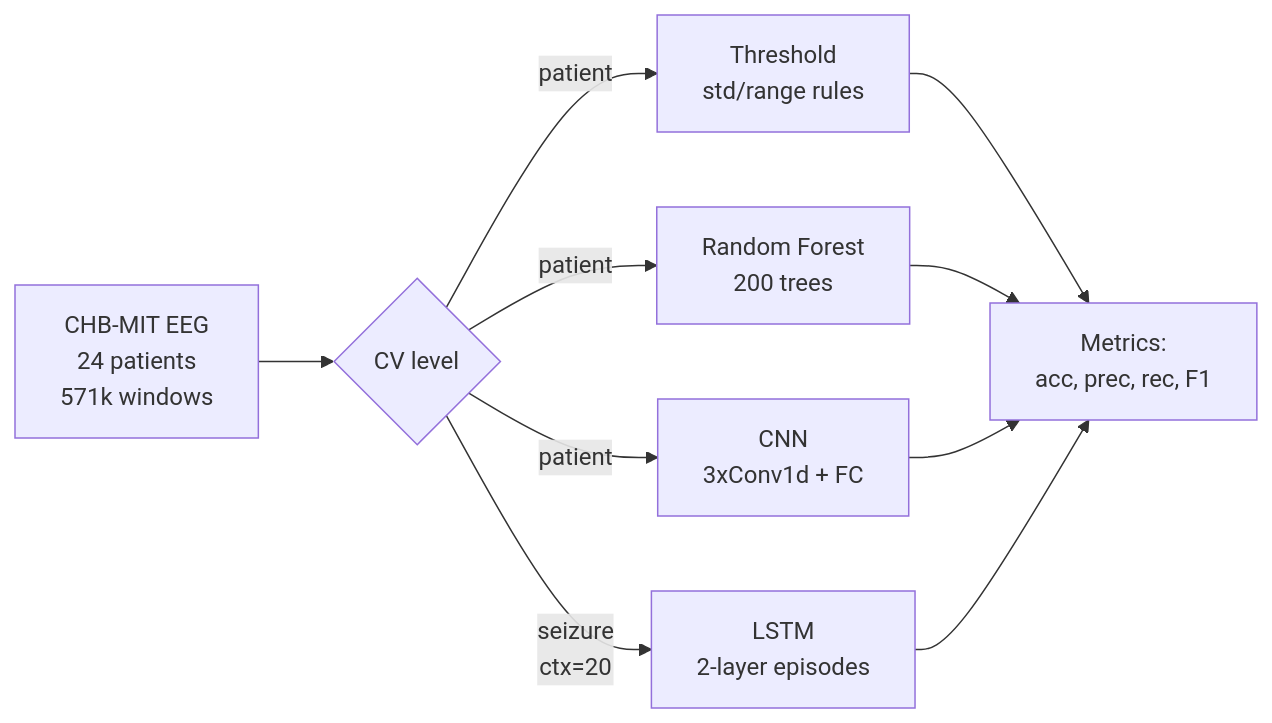
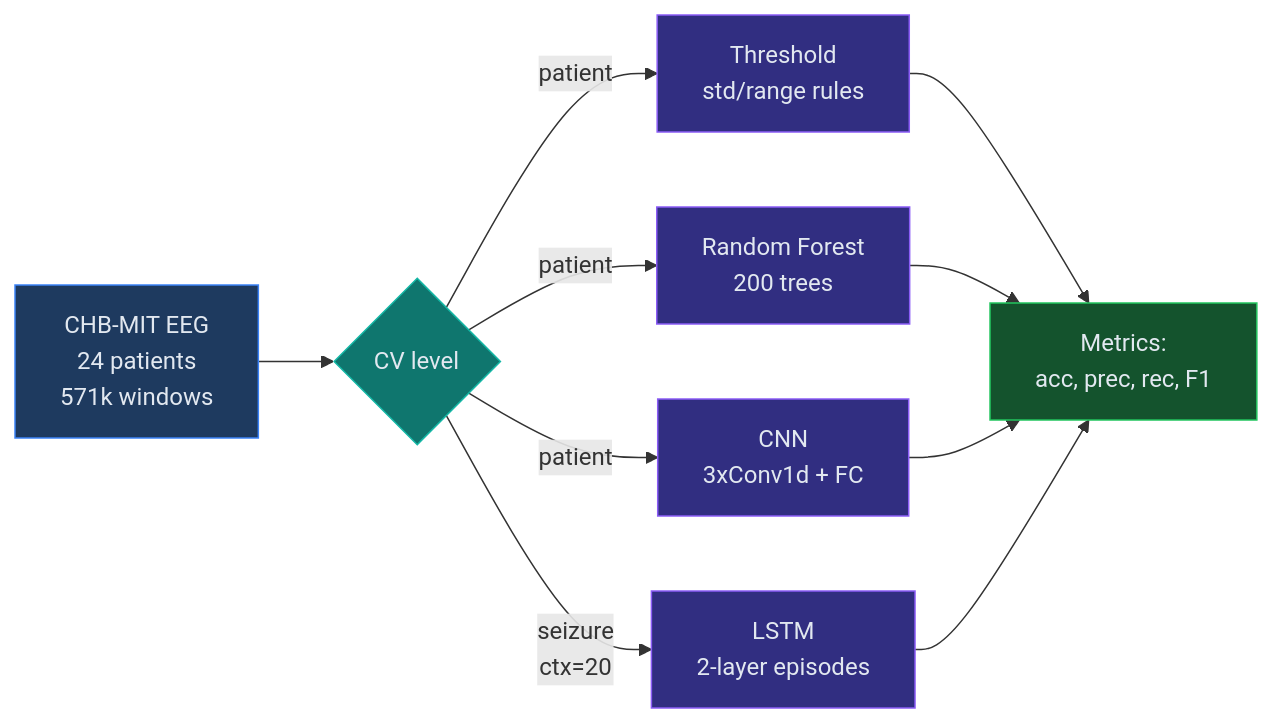
One commit to RICSE-donnenfeld/DEEPL-brainshake changed the diagram in mermaid/overview.mmd. Above: the diagram before and after it, drawn with Mermaid. The commit also changed 18 other files, not shown here.

```diff
--- a/mermaid/overview.mmd
+++ b/mermaid/overview.mmd
@@ -1,11 +1,19 @@
 %% Overall pipeline overview
 flowchart LR
     data["CHB-MIT EEG<br/>24 patients<br/>571k windows"] --> split{"CV level"}
     split -->|"patient"| thr["Threshold<br/>std/range rules"]
     split -->|"patient"| rf["Random Forest<br/>200 trees"]
     split -->|"patient"| cnn["CNN<br/>3xConv1d + FC"]
     split -->|"seizure<br/>ctx=20"| lstm["LSTM<br/>2-layer episodes"]
     thr --> eval["Metrics:<br/>acc, prec, rec, F1"]
+
+    style data fill:#1e3a5f,stroke:#3b82f6,color:#e2e8f0
+    style split fill:#0f766e,stroke:#14b8a6,color:#e2e8f0
+    style thr fill:#312e81,stroke:#8b5cf6,color:#e2e8f0
+    style rf fill:#312e81,stroke:#8b5cf6,color:#e2e8f0
+    style cnn fill:#312e81,stroke:#8b5cf6,color:#e2e8f0
+    style lstm fill:#312e81,stroke:#8b5cf6,color:#e2e8f0
+    style eval fill:#14532d,stroke:#22c55e,color:#e2e8f0
     rf --> eval
     cnn --> eval
     lstm --> eval
```
